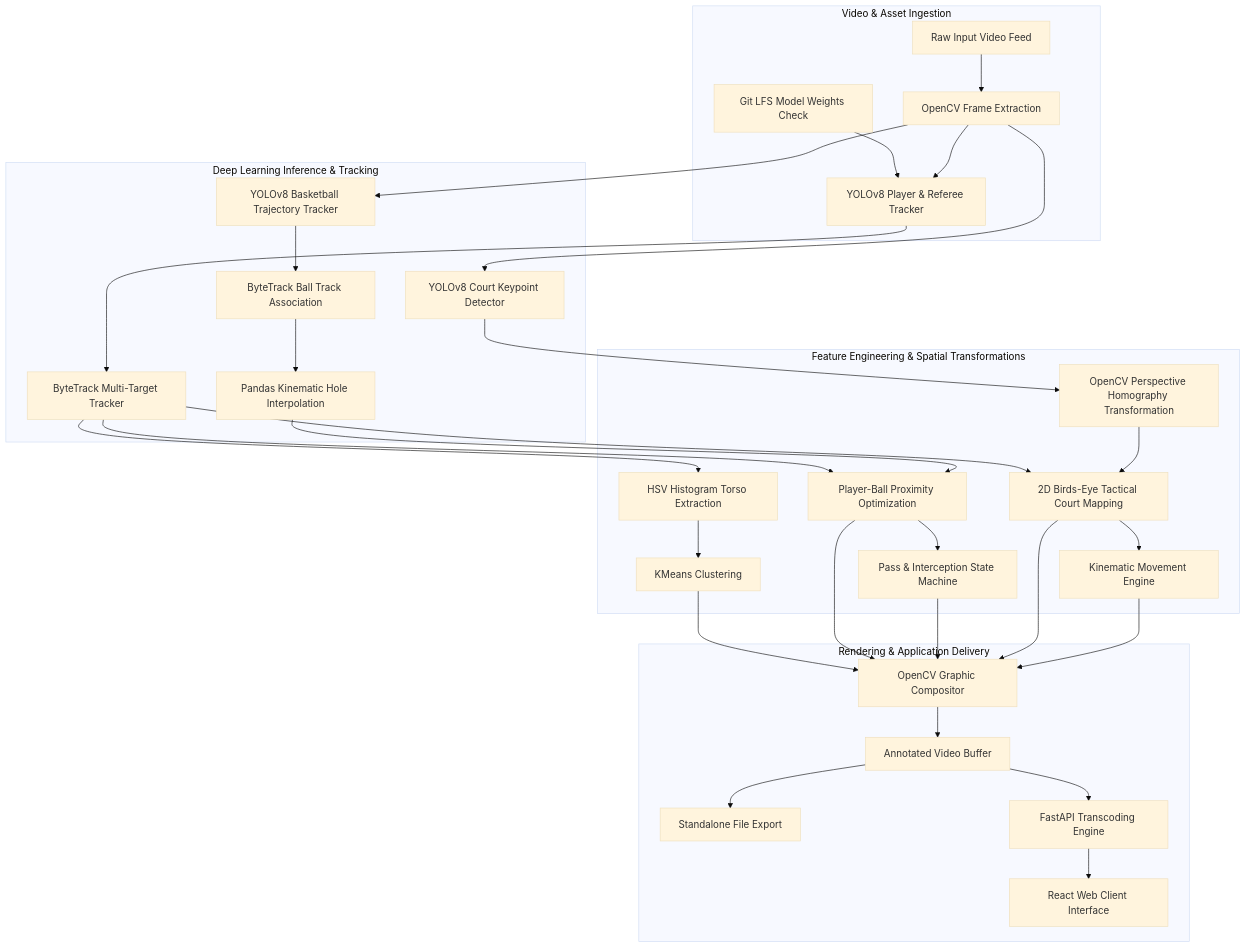
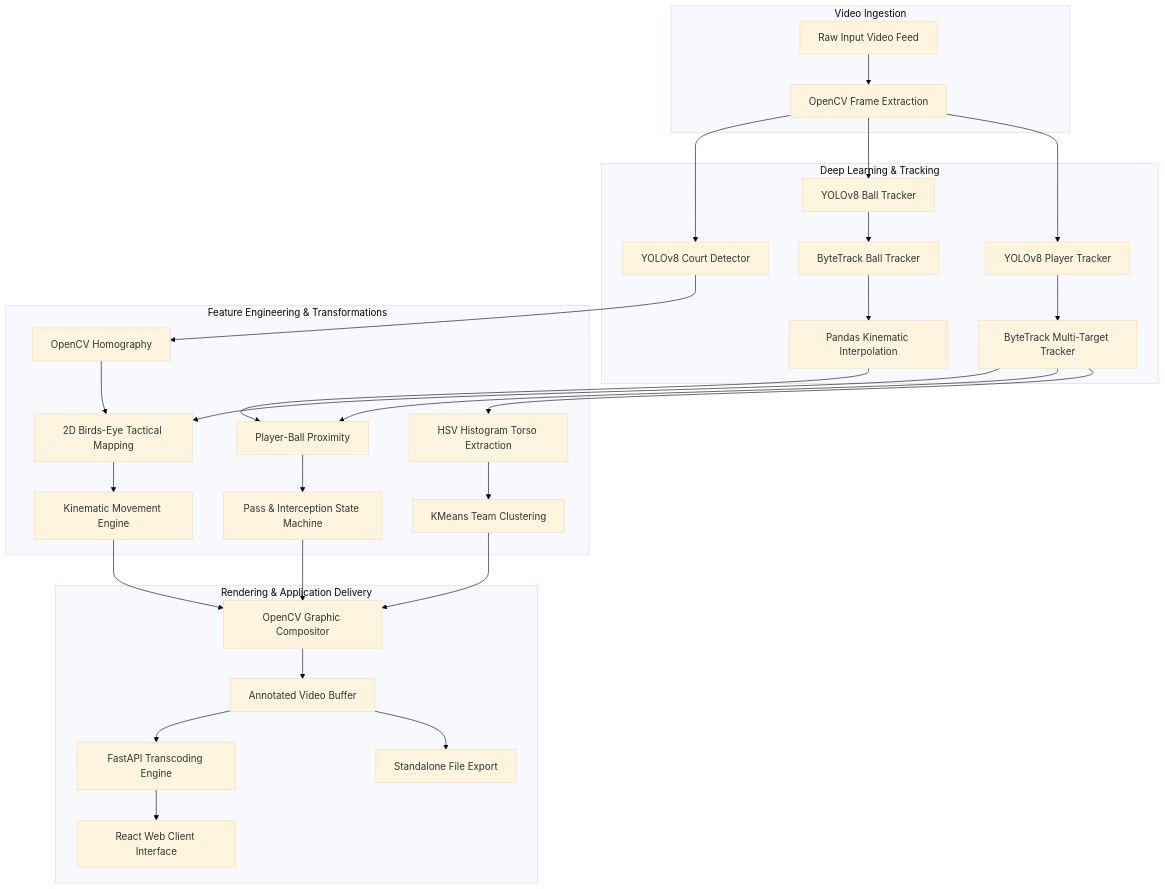
Before and after one commit to adoniasketema/CourtVision: the diagram in README.md, drawn with Mermaid (base theme). The commit also changed other lines of this file, not shown here.

Commit message:
docs: simplify mermaid diagram layout and fix UI preview image path

````diff
--- a/README.md
+++ b/README.md
@@ -88,38 +87,41 @@
 ```mermaid
 flowchart TD
-    subgraph Input_Layer ["Video & Asset Ingestion"]
-        A[Raw Input Video Feed] --> B["OpenCV Frame Extraction"]
-        LFS["Git LFS Model Weights Check"] --> C
+    subgraph Input ["Video Ingestion"]
+        A[Raw Input Video Feed] --> B[OpenCV Frame Extraction]
     end
 
-    subgraph Neural_Inference_Layer ["Deep Learning Inference & Tracking"]
-        B --> C["YOLOv8 Player & Referee Tracker"]
-        B --> D["YOLOv8 Basketball Trajectory Tracker"]
-        B --> E["YOLOv8 Court Keypoint Detector"]
+    subgraph Inference ["Deep Learning & Tracking"]
+        B --> C[YOLOv8 Player Tracker]
+        B --> D[YOLOv8 Ball Tracker]
+        B --> E[YOLOv8 Court Detector]
         
-        C --> F["ByteTrack Multi-Target Tracker"]
-        D --> G["ByteTrack Ball Track Association"]
-        G --> H["Pandas Kinematic Hole Interpolation"]
+        C --> F[ByteTrack Multi-Target Tracker]
+        D --> G[ByteTrack Ball Tracker]
+        G --> H[Pandas Kinematic Interpolation]
     end
 
-    subgraph Analytics_Transformation_Layer ["Feature Engineering & Spatial Transformations"]
-        F --> I["HSV Histogram Torso Extraction"]
-        I --> J["KMeans Clustering"]
+    subgraph Analytics ["Feature Engineering & Transformations"]
+        F --> I[HSV Histogram Torso Extraction]
+        I --> J[KMeans Team Clustering]
         
-        F & H --> K["Player-Ball Proximity Optimization"]
-        K --> L["Pass & Interception State Machine"]
+        F --> K[Player-Ball Proximity]
+        H --> K
+        K --> L[Pass & Interception State Machine]
         
-        E --> M["OpenCV Perspective Homography Transformation"]
-        F & M --> N["2D Birds-Eye Tactical Court Mapping"]
-        N --> O["Kinematic Movement Engine"]
+        E --> M[OpenCV Homography]
+        M --> N[2D Birds-Eye Tactical Mapping]
+        F --> N
+        N --> O[Kinematic Movement Engine]
     end
 
-    subgraph Output_Presentation_Layer ["Rendering & Application Delivery"]
-        J & K & L & N & O --> P["OpenCV Graphic Compositor"]
-        P --> Q["Annotated Video Buffer"]
+    subgraph Output ["Rendering & Application Delivery"]
+        J --> P[OpenCV Graphic Compositor]
+        L --> P
+        O --> P
+        P --> Q[Annotated Video Buffer]
         
-        Q --> R["Standalone File Export"]
-        Q --> S["FastAPI Transcoding Engine"]
-        S --> T["React Web Client Interface"]
+        Q --> R[Standalone File Export]
+        Q --> S[FastAPI Transcoding Engine]
+        S --> T[React Web Client Interface]
     end
 ```
````
